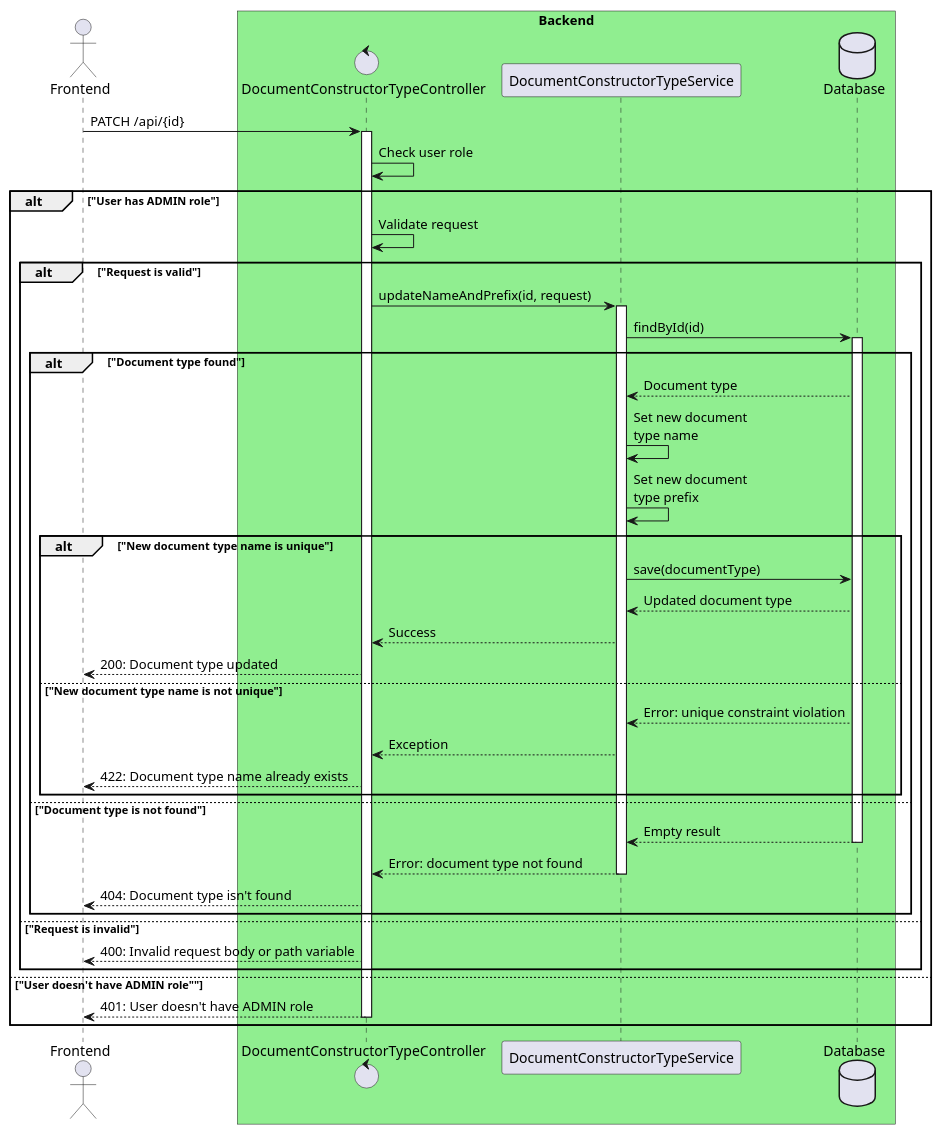
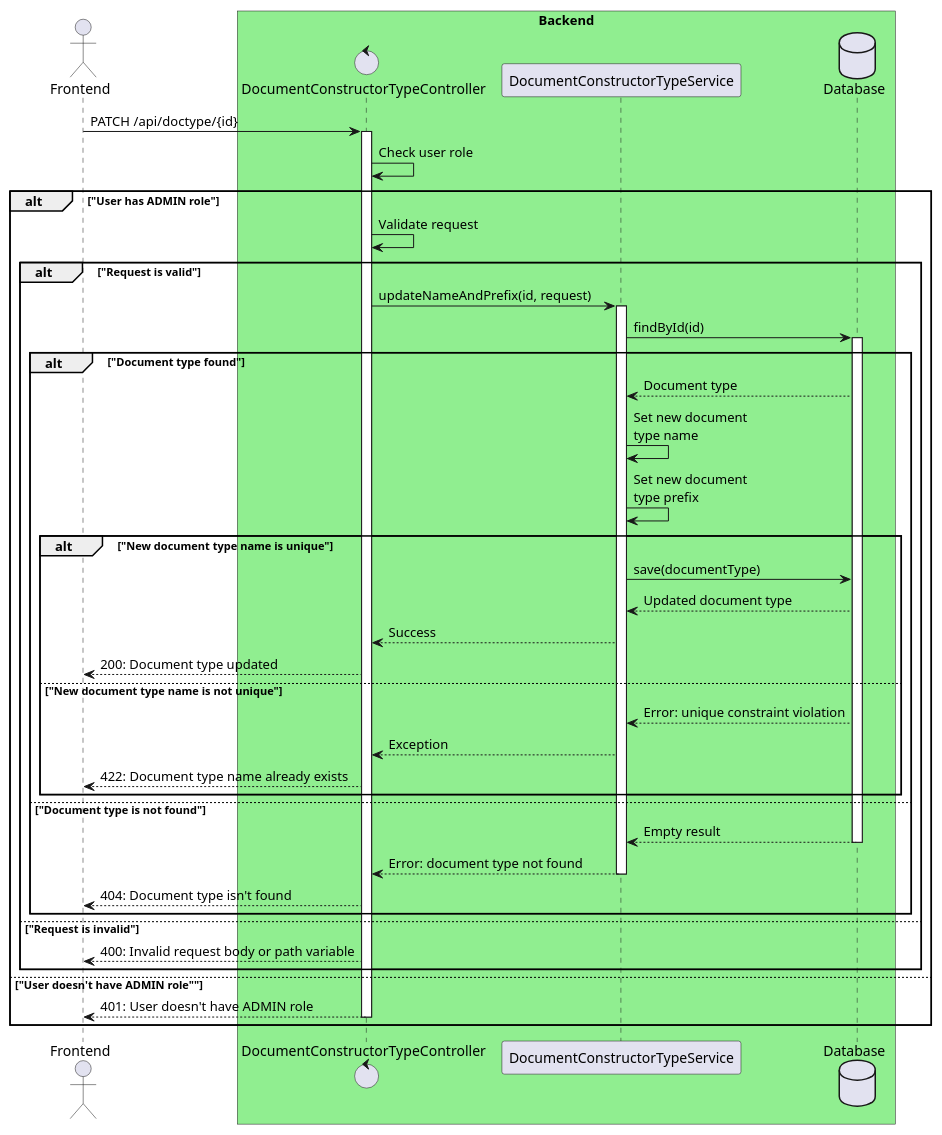
Before and after one commit to Sh1bari/CaseLabProject: the diagram in documentation/sequence-diagrams/DocumentConstructorTypeController/updateDocumentTypeNameAndPrefix.puml, drawn with PlantUML. The commit also changed 3 other files, not shown here.

Commit message:
replace url from /api... to /api/doctype...

```diff
--- a/documentation/sequence-diagrams/DocumentConstructorTypeController/updateDocumentTypeNameAndPrefix.puml
+++ b/documentation/sequence-diagrams/DocumentConstructorTypeController/updateDocumentTypeNameAndPrefix.puml
@@ -1,46 +1,46 @@
 @startuml
 
 actor "Frontend" as front
 
 box "Backend" #Lightgreen
 control "DocumentConstructorTypeController" as controller
 participant "DocumentConstructorTypeService" as service
 database "Database" as db
 end box
 
 'autonumber
 
-front -> controller++: PATCH /api/{id}
+front -> controller++: PATCH /api/doctype/{id}
 controller -> controller: Check user role
 alt "User has ADMIN role"
     controller -> controller: Validate request
     alt "Request is valid"
         controller -> service++: updateNameAndPrefix(id, request)
         service -> db++: findById(id)
         alt "Document type found"
             db --> service: Document type
             service -> service: Set new document\ntype name
             service -> service: Set new document\ntype prefix
             alt "New document type name is unique"
                 service -> db: save(documentType)
                 db --> service: Updated document type
                 service --> controller: Success
                 controller --> front: 200: Document type updated
             else "New document type name is not unique"
                 db --> service: Error: unique constraint violation
                 service --> controller: Exception
                 controller --> front: 422: Document type name already exists
             end
         else "Document type is not found"
             db --> service--: Empty result
             service --> controller--: Error: document type not found
             controller --> front: 404: Document type isn't found
         end
     else "Request is invalid"
         controller --> front: 400: Invalid request body or path variable
     end
 else "User doesn't have ADMIN role""
     controller --> front--: 401: User doesn't have ADMIN role
 end
 
 @enduml
```
